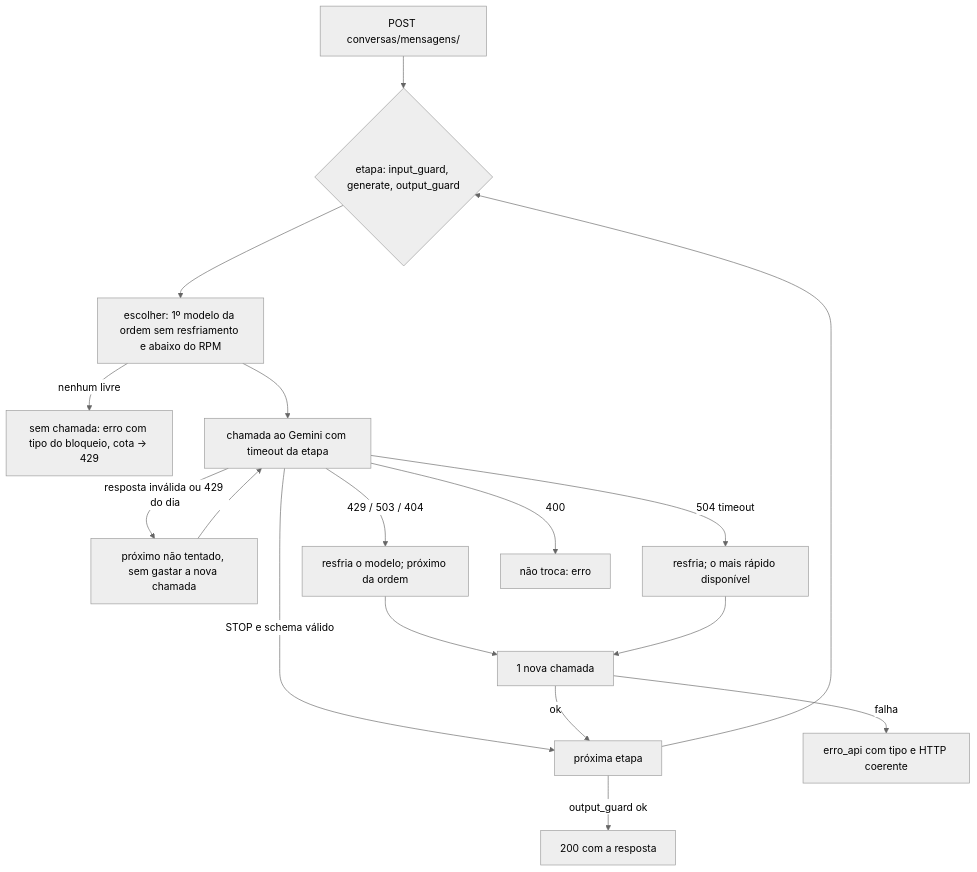
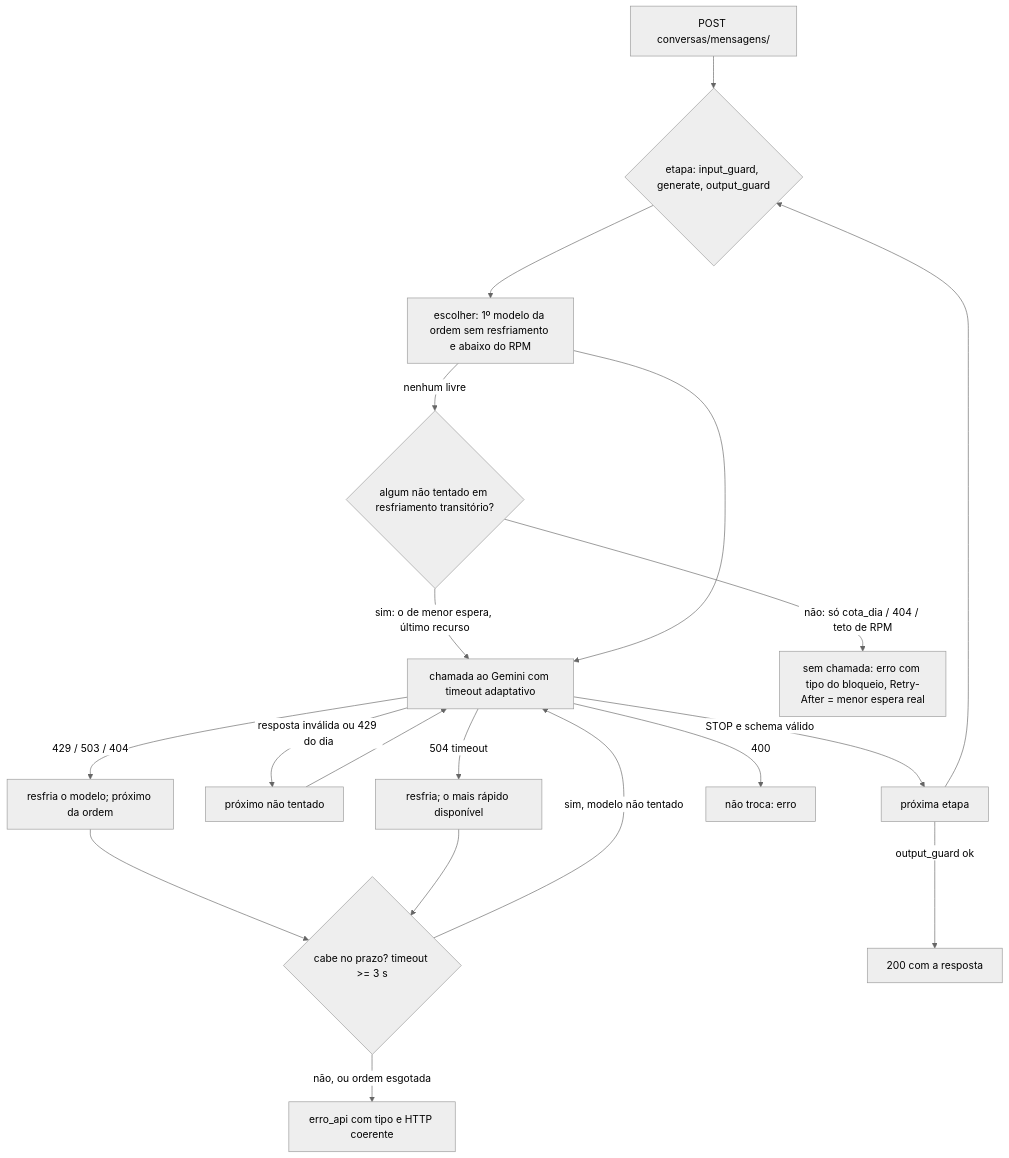
Before and after one commit to JonathaCosta10/batalha-agente-backend: the diagram in docs/rotacao-modelos-gemini.md, drawn with Mermaid (neutral theme). The commit also changed other lines of this file and 16 other files, not shown here.

First line of the commit message:
conversas: troca de modelo no prazo, resfriamento transitório, Retry-After real e capacidades por modelo

````diff
--- a/docs/rotacao-modelos-gemini.md
+++ b/docs/rotacao-modelos-gemini.md
@@ -104,19 +117,22 @@
 ```mermaid
 flowchart TD
     M[POST conversas/mensagens/] --> E{etapa: input_guard, generate, output_guard}
     E --> C[escolher: 1º modelo da ordem sem resfriamento e abaixo do RPM]
-    C -->|nenhum livre| X[sem chamada: erro com tipo do bloqueio, cota -> 429]
-    C --> K[chamada ao Gemini com timeout da etapa]
+    C -->|nenhum livre| L{algum não tentado em resfriamento transitório?}
+    L -->|sim: o de menor espera, último recurso| K
+    L -->|não: só cota_dia / 404 / teto de RPM| X[sem chamada: erro com tipo do bloqueio, Retry-After = menor espera real]
+    C --> K[chamada ao Gemini com timeout adaptativo]
     K -->|STOP e schema válido| P[próxima etapa]
-    K -->|resposta inválida ou 429 do dia| N[próximo não tentado, sem gastar a nova chamada]
+    K -->|resposta inválida ou 429 do dia| N[próximo não tentado]
     N --> K
     K -->|429 / 503 / 404| R[resfria o modelo; próximo da ordem]
     K -->|504 timeout| F[resfria; o mais rápido disponível]
     K -->|400| Z[não troca: erro]
-    R --> K2[1 nova chamada]
+    R --> K2{cabe no prazo? timeout >= 3 s}
     F --> K2
-    K2 -->|ok| P
-    K2 -->|falha| Y[erro_api com tipo e HTTP coerente]
+    K2 -->|sim, modelo não tentado| K
+    K2 -->|não, ou ordem esgotada| Y
+    Y[erro_api com tipo e HTTP coerente]
     P --> E
     P -->|output_guard ok| OK[200 com a resposta]
 ```
````
